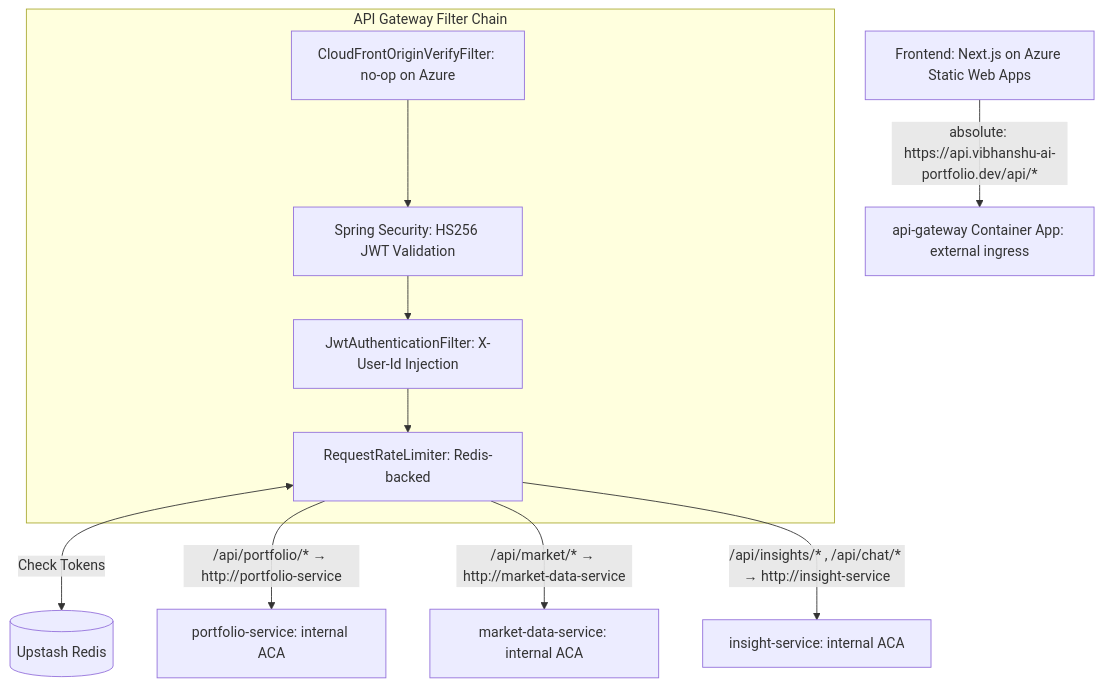
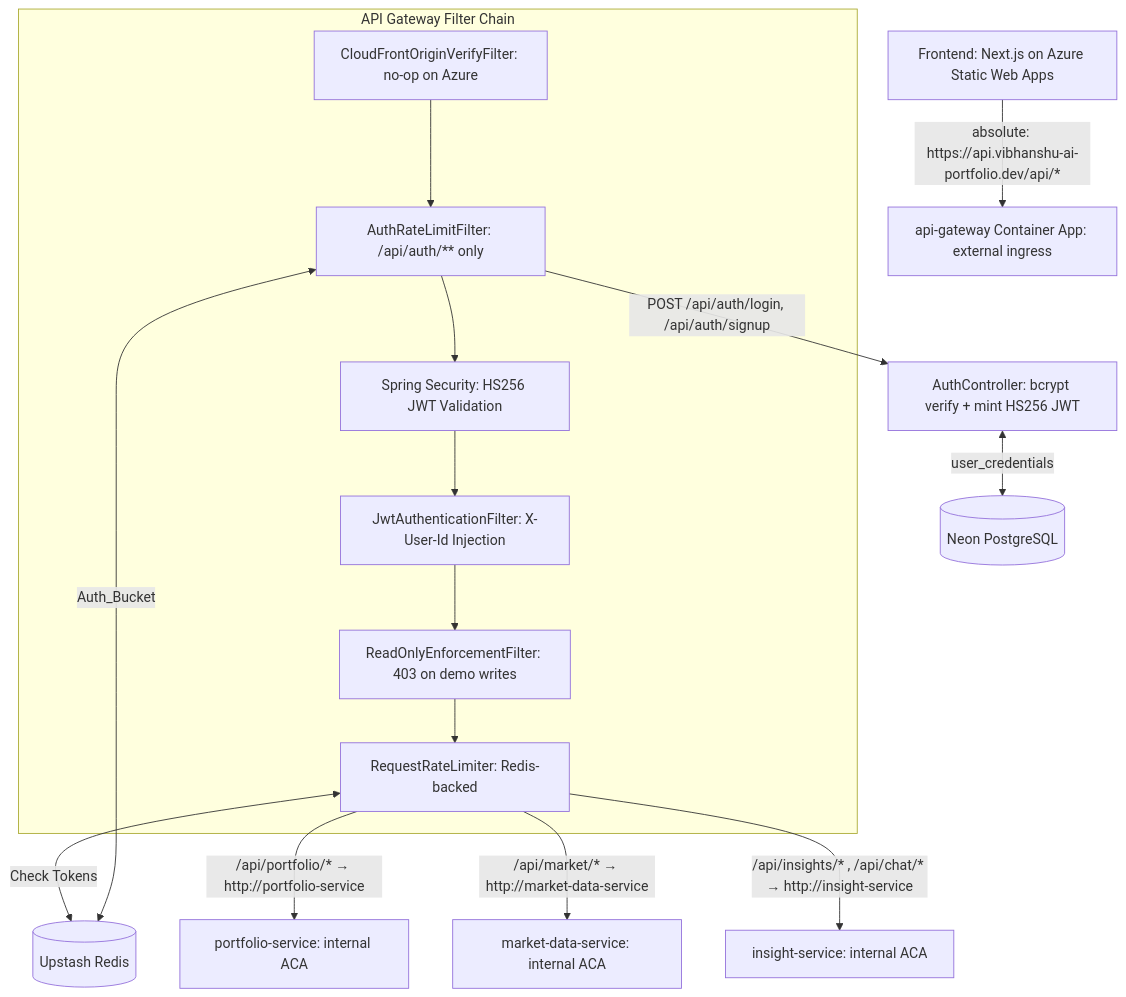
Before and after one commit to vibhanshu-agarwal/wealthmgmtandportfoliotracker: the diagram in docs/e2e-flows/api-gateway-service-e2e.md, drawn with Mermaid. The commit also changed other lines of this file and 10 other files, not shown here.

````diff
--- a/docs/e2e-flows/api-gateway-service-e2e.md
+++ b/docs/e2e-flows/api-gateway-service-e2e.md
@@ -63,21 +86,29 @@
 ```mermaid
 graph TD
     A[Frontend: Next.js on Azure Static Web Apps] -->|"absolute: https://api.vibhanshu-ai-portfolio.dev/api/*"| C[api-gateway Container App: external ingress]
 
     subgraph "API Gateway Filter Chain"
         C1[CloudFrontOriginVerifyFilter: no-op on Azure]
+        CA[AuthRateLimitFilter: /api/auth/** only]
         C2[Spring Security: HS256 JWT Validation]
         C3[JwtAuthenticationFilter: X-User-Id Injection]
+        CR[ReadOnlyEnforcementFilter: 403 on demo writes]
         C4[RequestRateLimiter: Redis-backed]
 
-        C1 --> C2
+        C1 --> CA
+        CA --> C2
         C2 --> C3
-        C3 --> C4
+        C3 --> CR
+        CR --> C4
     end
 
+    CA -->|"POST /api/auth/login, /api/auth/signup"| AC["AuthController: bcrypt verify + mint HS256 JWT"]
+    AC <-->|"user_credentials"| PG[(Neon PostgreSQL)]
+
     C4 <-->|Check Tokens| D[(Upstash Redis)]
+    CA <-->|Auth_Bucket| D
 
     C4 -->|"/api/portfolio/* → http://portfolio-service"| E[portfolio-service: internal ACA]
     C4 -->|"/api/market/* → http://market-data-service"| F[market-data-service: internal ACA]
     C4 -->|"/api/insights/* , /api/chat/* → http://insight-service"| G[insight-service: internal ACA]
 ```
````
